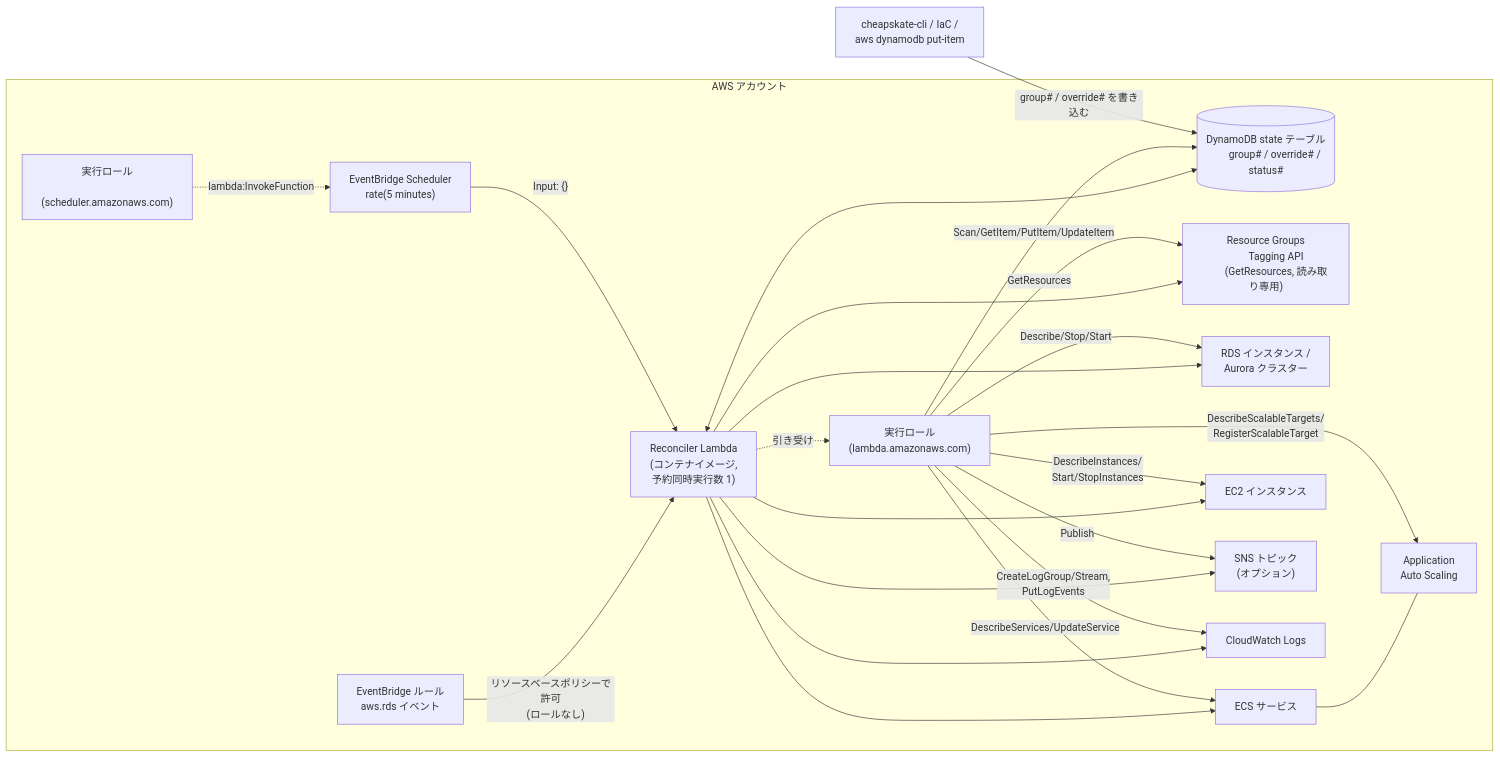
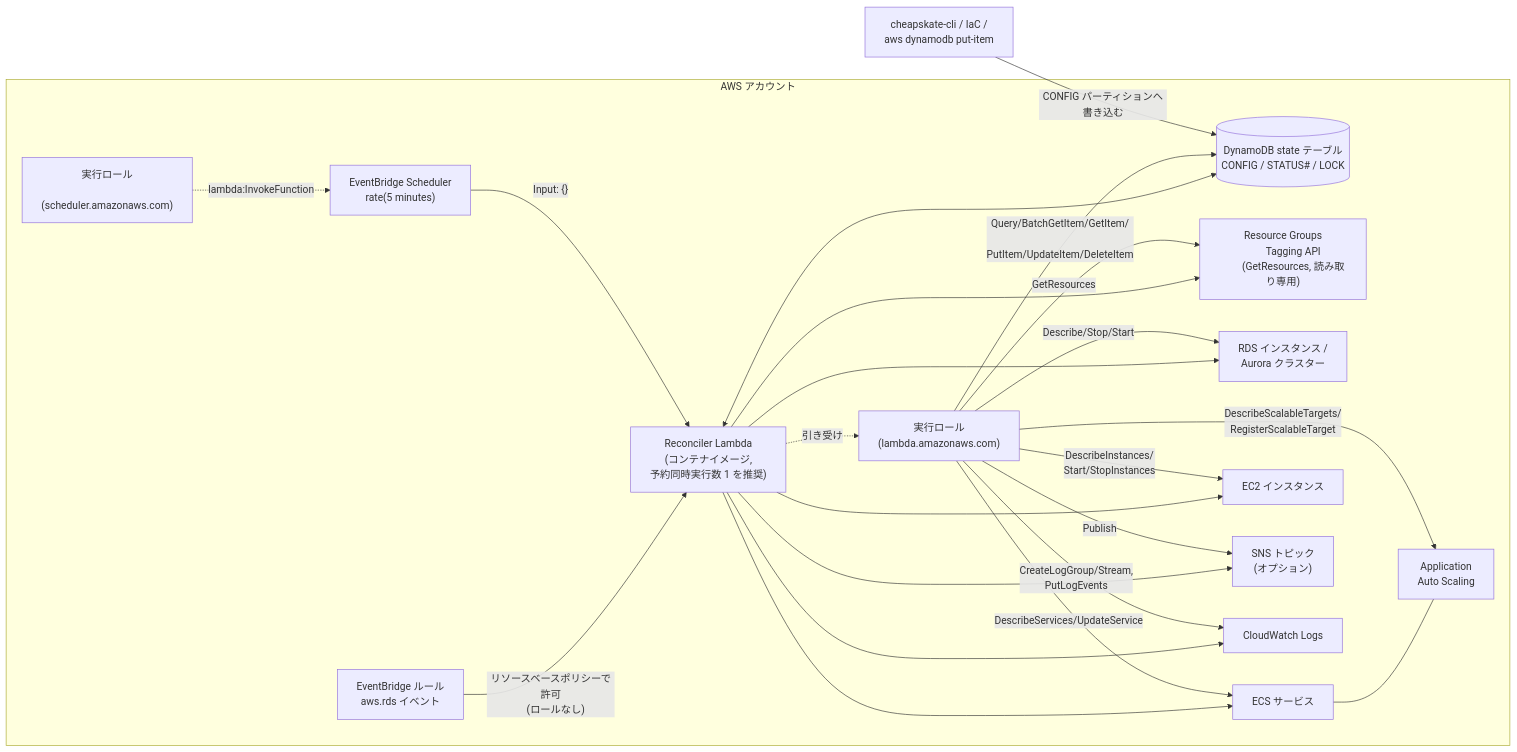
The first of 2 diagrams in docs/ja/architecture/aws_resources.md (moepig/cheapskate), drawn with Mermaid before and after one commit. The commit also changed other lines of this file and 15 other files, not shown here.

````diff
--- a/docs/ja/architecture/aws_resources.md
+++ b/docs/ja/architecture/aws_resources.md
@@ -9,62 +9,63 @@
 ```mermaid
 flowchart LR
     ops["cheapskate-cli / IaC /
     aws dynamodb put-item"]
 
     subgraph account["AWS アカウント"]
         sched["EventBridge Scheduler
         rate(5 minutes)"]
         schedrole["実行ロール
         (scheduler.amazonaws.com)"]
         rule["EventBridge ルール
         aws.rds イベント"]
         fn["Reconciler Lambda
         (コンテナイメージ,
-        予約同時実行数 1)"]
+        予約同時実行数 1 を推奨)"]
         role["実行ロール
         (lambda.amazonaws.com)"]
         ddb[("DynamoDB state テーブル
-        group# / override# / status#")]
+        CONFIG / STATUS# / LOCK")]
         tagapi["Resource Groups
         Tagging API
         (GetResources, 読み取り専用)"]
         rds["RDS インスタンス /
         Aurora クラスター"]
         ecs["ECS サービス"]
         aas["Application
         Auto Scaling"]
         ec2["EC2 インスタンス"]
         sns["SNS トピック
         (オプション)"]
         logs["CloudWatch Logs"]
     end
 
-    ops -- "group# / override# を書き込む" --> ddb
+    ops -- "CONFIG パーティションへ書き込む" --> ddb
 
     schedrole -. "lambda:InvokeFunction" .-> sched
     sched -- "Input: {}" --> fn
     rule -- "リソースベースポリシーで許可
     (ロールなし)" --> fn
 
     fn -. 引き受け .-> role
-    role -- "Scan/GetItem/PutItem/UpdateItem" --> ddb
+    role -- "Query/BatchGetItem/GetItem/
+    PutItem/UpdateItem/DeleteItem" --> ddb
     role -- "GetResources" --> tagapi
     role -- "Describe/Stop/Start" --> rds
     role -- "DescribeServices/UpdateService" --> ecs
     role -- "DescribeScalableTargets/
     RegisterScalableTarget" --> aas
     role -- "DescribeInstances/
     Start/StopInstances" --> ec2
     role -- "Publish" --> sns
     role -- "CreateLogGroup/Stream,
     PutLogEvents" --> logs
 
     fn <--> ddb
     fn --> tagapi
     fn --> rds
     fn --> ecs
     ecs --- aas
     fn --> ec2
     fn --> sns
     fn --> logs
 ```
````
